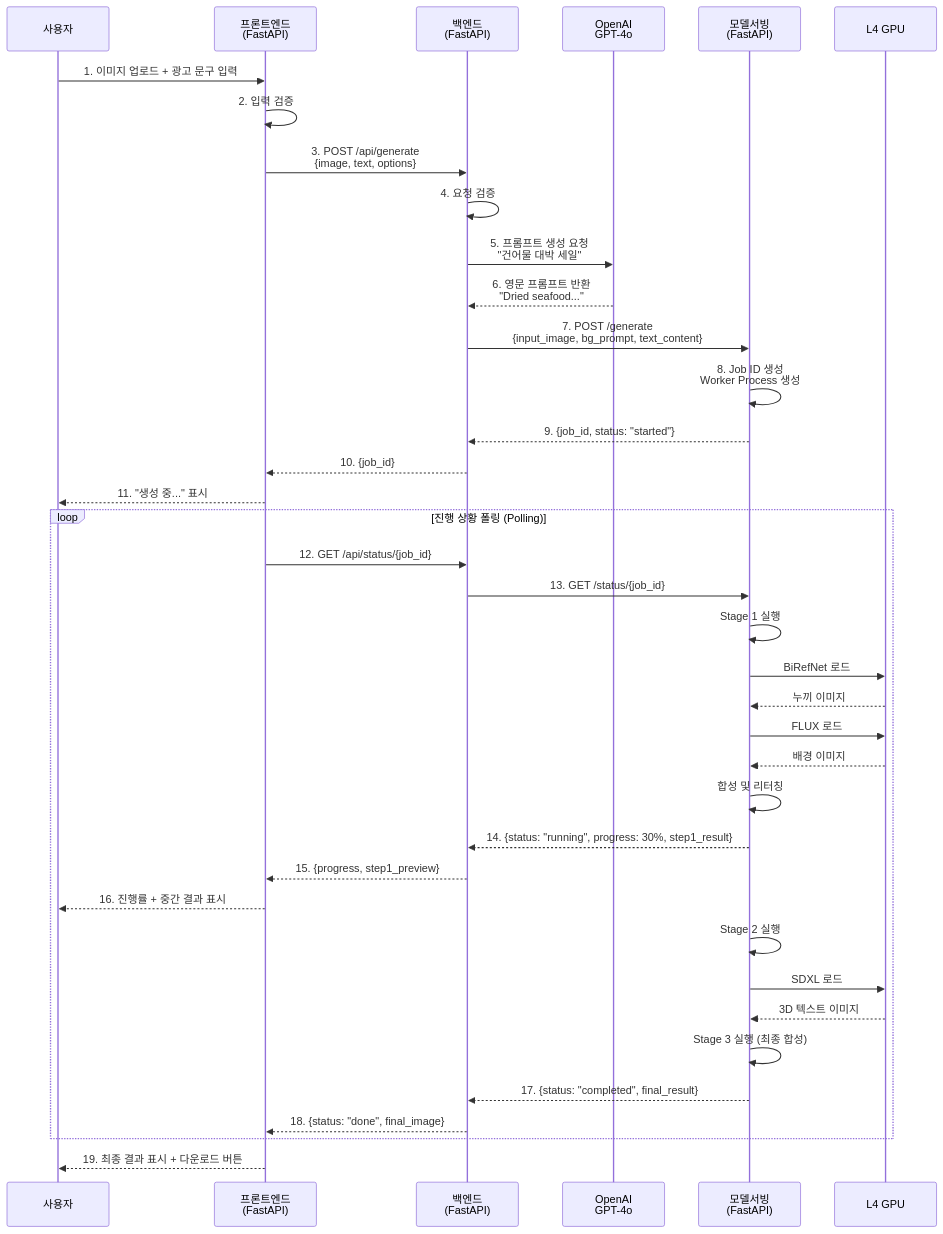
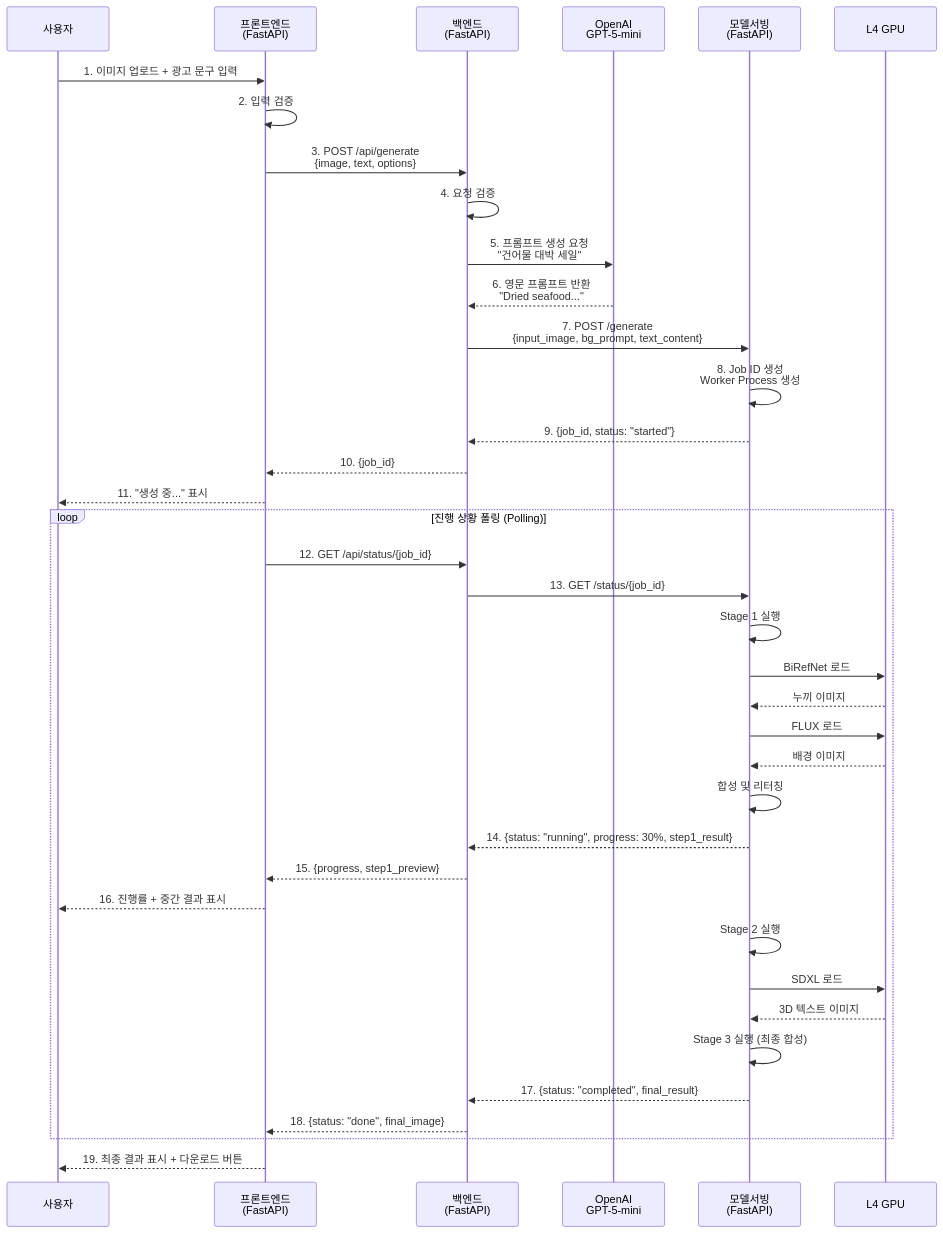
The third of 3 diagrams in README.md (krapnuyij/codeit-ai-3team-ad-content), drawn with Mermaid before and after one commit. The commit also changed other lines of this file and 3 other files, not shown here.

Commit message:
GPT-5-mini

````diff
--- a/README.md
+++ b/README.md
@@ -177,49 +177,49 @@
 ```mermaid
 sequenceDiagram
     participant User as 사용자
     participant FE as 프론트엔드<br/>(FastAPI)
     participant BE as 백엔드<br/>(FastAPI)
-    participant LLM as OpenAI<br/>GPT-4o
+    participant LLM as OpenAI<br/>GPT-5-mini
     participant MS as 모델서빙<br/>(FastAPI)
     participant GPU as L4 GPU
 
     User->>FE: 1. 이미지 업로드 + 광고 문구 입력
     FE->>FE: 2. 입력 검증
     FE->>BE: 3. POST /api/generate<br/>{image, text, options}
 
     BE->>BE: 4. 요청 검증
     BE->>LLM: 5. 프롬프트 생성 요청<br/>"건어물 대박 세일"
     LLM-->>BE: 6. 영문 프롬프트 반환<br/>"Dried seafood..."
 
     BE->>MS: 7. POST /generate<br/>{input_image, bg_prompt, text_content}
     MS->>MS: 8. Job ID 생성<br/>Worker Process 생성
     MS-->>BE: 9. {job_id, status: "started"}
     BE-->>FE: 10. {job_id}
     FE-->>User: 11. "생성 중..." 표시
 
     loop 진행 상황 폴링 (Polling)
         FE->>BE: 12. GET /api/status/{job_id}
         BE->>MS: 13. GET /status/{job_id}
 
         MS->>MS: Stage 1 실행
         MS->>GPU: BiRefNet 로드
         GPU-->>MS: 누끼 이미지
         MS->>GPU: FLUX 로드
         GPU-->>MS: 배경 이미지
         MS->>MS: 합성 및 리터칭
 
         MS-->>BE: 14. {status: "running", progress: 30%, step1_result}
         BE-->>FE: 15. {progress, step1_preview}
         FE-->>User: 16. 진행률 + 중간 결과 표시
 
         MS->>MS: Stage 2 실행
         MS->>GPU: SDXL 로드
         GPU-->>MS: 3D 텍스트 이미지
 
         MS->>MS: Stage 3 실행 (최종 합성)
         MS-->>BE: 17. {status: "completed", final_result}
         BE-->>FE: 18. {status: "done", final_image}
     end
 
     FE-->>User: 19. 최종 결과 표시 + 다운로드 버튼
 ```
````
